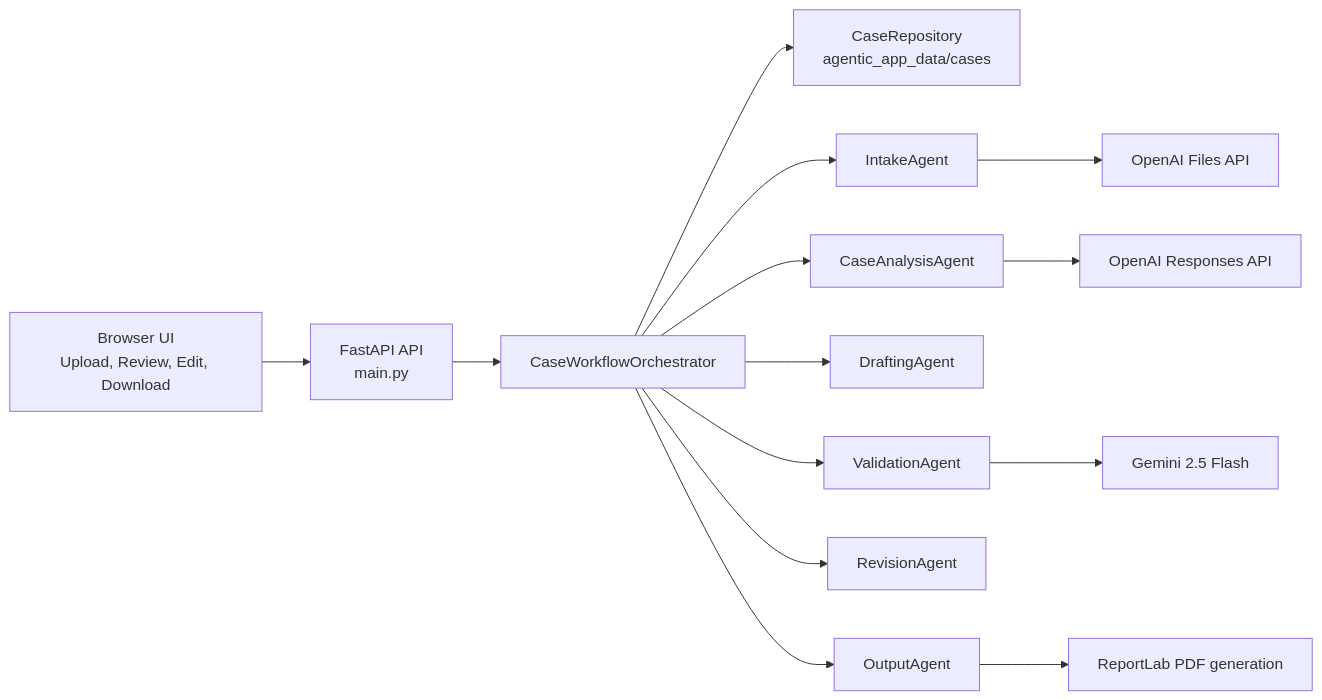
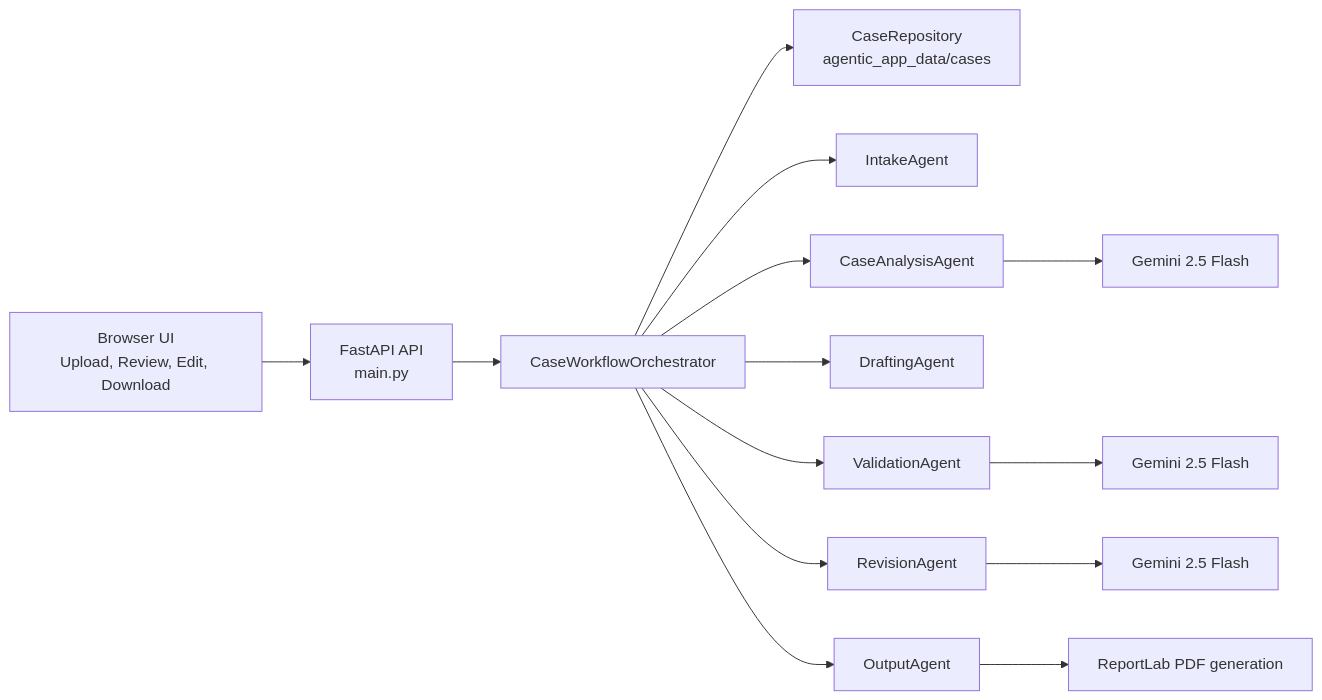
The first of 3 diagrams in DOCUMENTATION.md (sahaanirbannew/ai_legal_drafter), drawn with Mermaid before and after one commit. The commit also changed other lines of this file and 14 other files, not shown here.

````diff
--- a/DOCUMENTATION.md
+++ b/DOCUMENTATION.md
@@ -22,17 +22,17 @@
 ```mermaid
 flowchart LR
     UI["Browser UI<br/>Upload, Review, Edit, Download"] --> API["FastAPI API<br/>main.py"]
     API --> ORCH["CaseWorkflowOrchestrator"]
     ORCH --> REPO["CaseRepository<br/>agentic_app_data/cases"]
     ORCH --> INTAKE["IntakeAgent"]
     ORCH --> ANALYSIS["CaseAnalysisAgent"]
     ORCH --> DRAFT["DraftingAgent"]
     ORCH --> VALIDATE["ValidationAgent"]
     ORCH --> REVISE["RevisionAgent"]
     ORCH --> OUTPUT["OutputAgent"]
 
-    INTAKE --> OPENAI_FILES["OpenAI Files API"]
-    ANALYSIS --> OPENAI_RESP["OpenAI Responses API"]
+    ANALYSIS --> GEMINI_ANALYSIS["Gemini 2.5 Flash"]
     VALIDATE --> GEMINI["Gemini 2.5 Flash"]
+    REVISE --> GEMINI_REWRITE["Gemini 2.5 Flash"]
     OUTPUT --> PDF["ReportLab PDF generation"]
 ```
````
